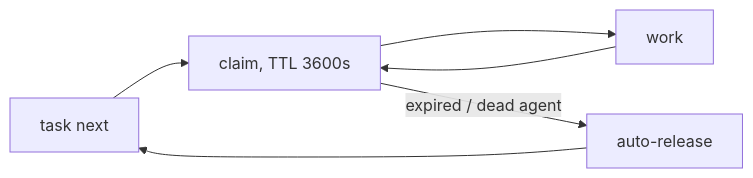
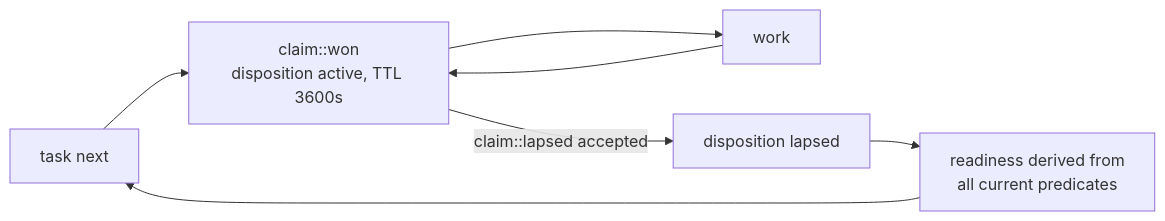
The fifth of 25 diagrams in docs/product/value.md (infimalabs/spice-rust), drawn with Mermaid before and after one commit. The commit also changed other lines of this file and 71 other files, not shown here.

````diff
--- a/docs/product/value.md
+++ b/docs/product/value.md
@@ -92,8 +107,9 @@
 ```mermaid
 flowchart LR
-  N["task next"] --> C["claim, TTL 3600s"]
+  N["task next"] --> C["claim::won<br/>disposition active, TTL 3600s"]
   C --> W[work]
   W --> C
-  C -- "expired / dead agent" --> RL["auto-release"]
+  C -- "claim::lapsed accepted" --> L["disposition lapsed"]
+  L --> RL["readiness derived from<br/>all current predicates"]
   RL --> N
 ```
````
